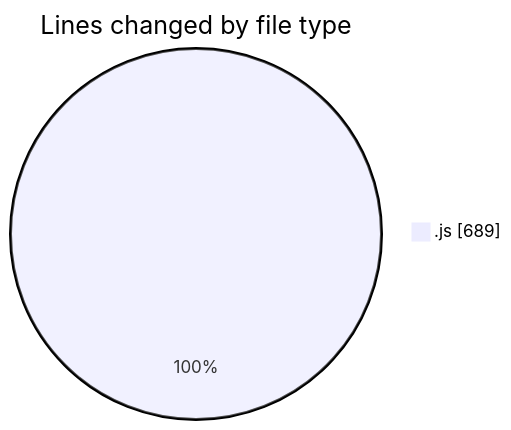
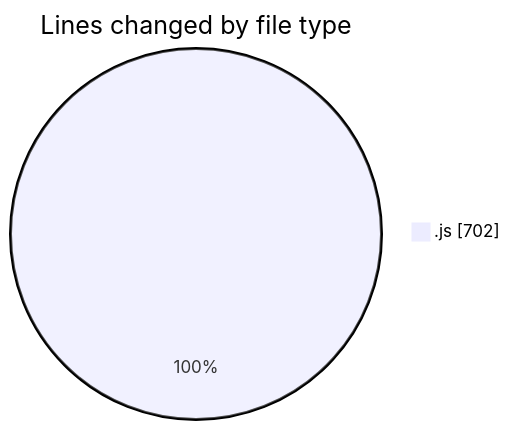
One commit to Ritupan-Deka/code-tracking changed the first of 2 diagrams in 2025-07-20/mern-workoutboard/README.md. Above: the diagram before and after it, drawn with Mermaid. The commit also changed other lines of this file and 1 other file, not shown here.

````diff
--- a/2025-07-20/mern-workoutboard/README.md
+++ b/2025-07-20/mern-workoutboard/README.md
@@ -26,5 +26,5 @@
 ```mermaid
 pie showData
 title Lines changed by file type
-".js" : 689
+".js" : 702
 ```
````
